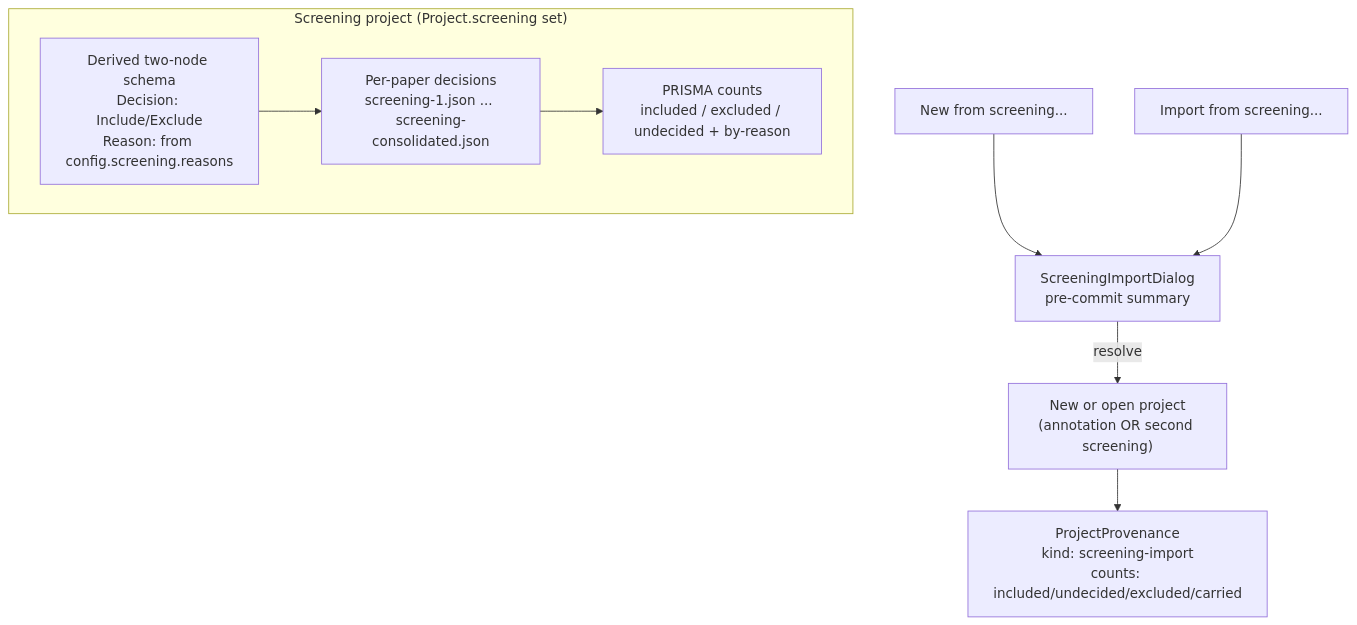
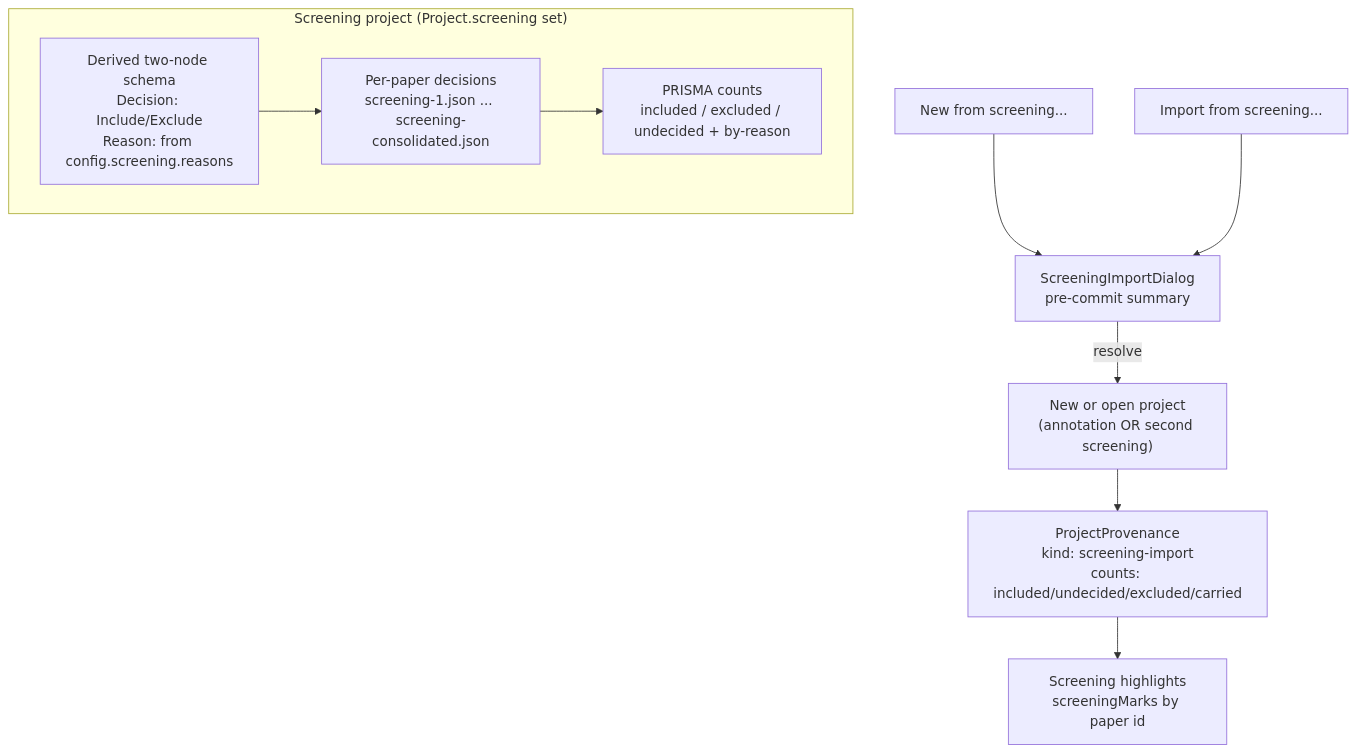
The first of 2 diagrams in openwiki/workflows/screening.md (Gram21/SaiLoR), drawn with Mermaid before and after one commit. The commit also changed other lines of this file and 33 other files, not shown here.

````diff
--- a/openwiki/workflows/screening.md
+++ b/openwiki/workflows/screening.md
@@ -80,20 +46,22 @@
 ```mermaid
 flowchart TB
     subgraph ScreeningProject["Screening project (Project.screening set)"]
         Schema["Derived two-node schema<br/>Decision: Include/Exclude<br/>Reason: from config.screening.reasons"]
         Decisions["Per-paper decisions<br/>screening-1.json ... screening-consolidated.json"]
         Counts["PRISMA counts<br/>included / excluded / undecided + by-reason"]
     end
     Start["New from screening..."]
     Import["Import from screening..."]
     Dialog["ScreeningImportDialog<br/>pre-commit summary"]
     Target["New or open project<br/>(annotation OR second screening)"]
     Provenance["ProjectProvenance<br/>kind: screening-import<br/>counts: included/undecided/excluded/carried"]
+    Marks["Screening highlights<br/>screeningMarks by paper id"]
 
     Schema --> Decisions
     Decisions --> Counts
     Start --> Dialog
     Import --> Dialog
     Dialog -->|resolve| Target
     Target --> Provenance
+    Provenance --> Marks
 ```
````
